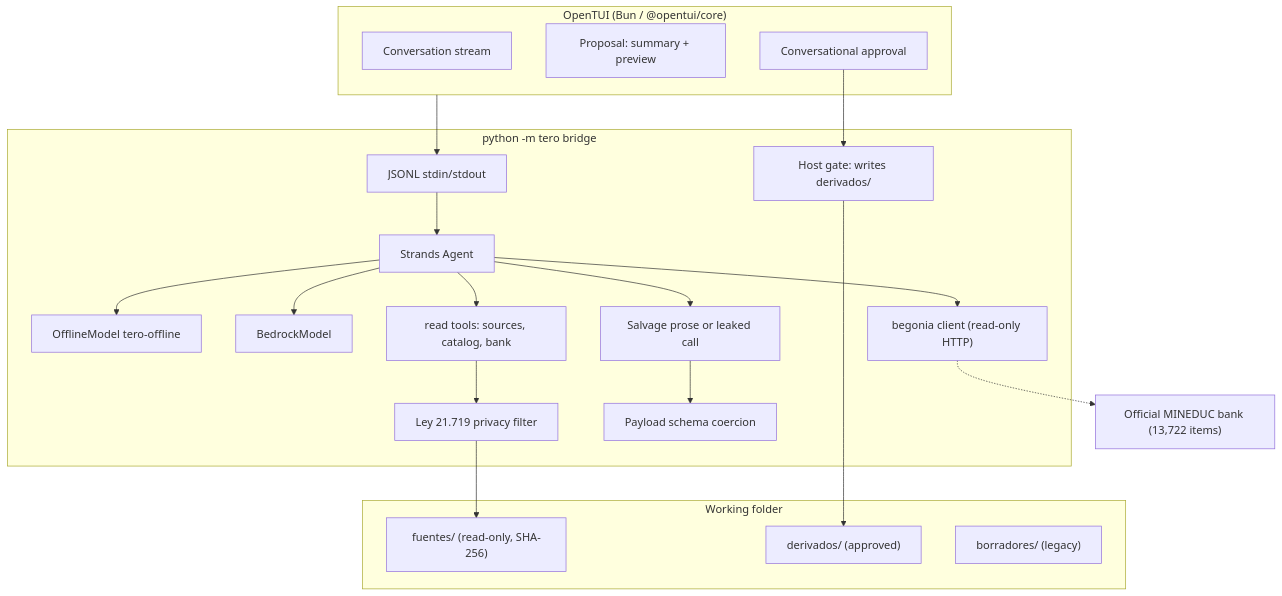
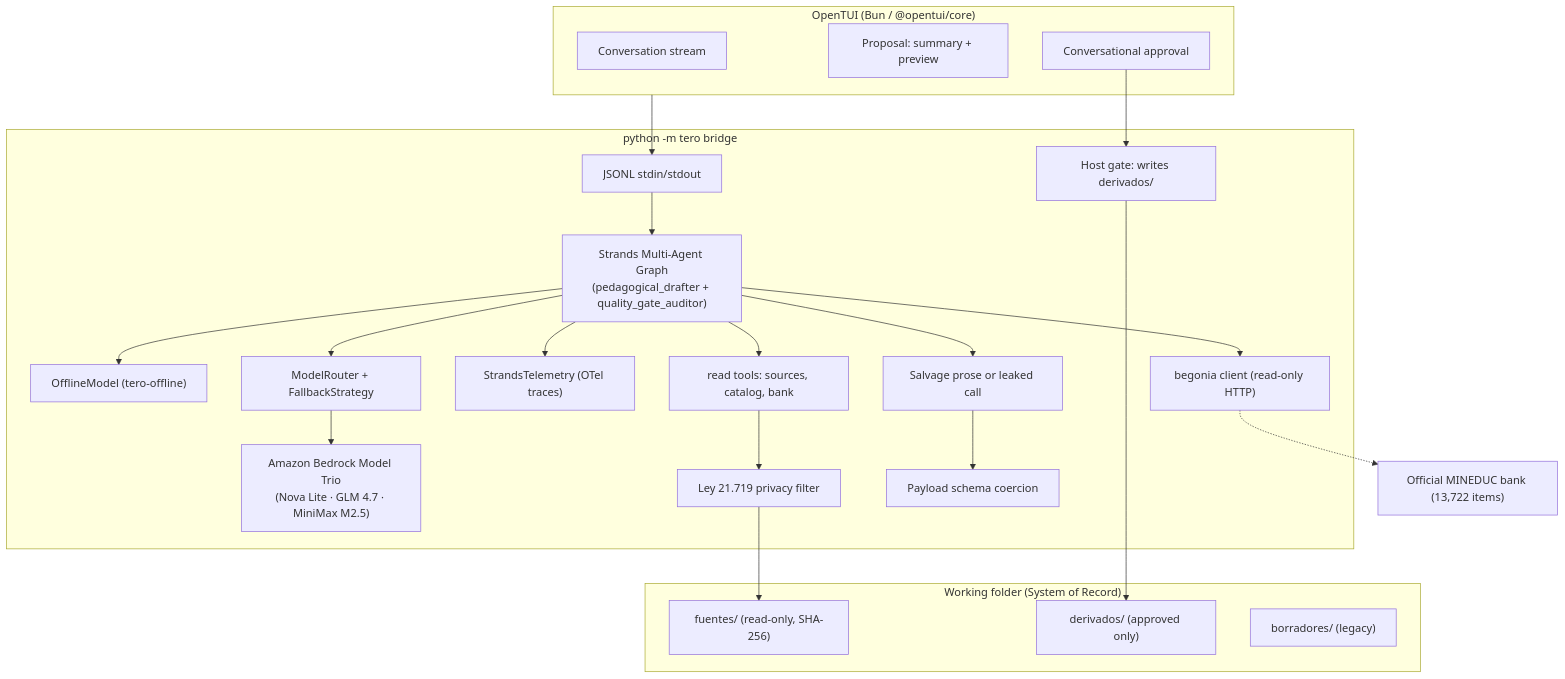
One commit to marcorojasb/tero changed the diagram in ARCHITECTURE.md. Above: the diagram before and after it, drawn with Mermaid. The commit also changed other lines of this file and 8 other files, not shown here.

Commit message:
docs: actualizar diagrama de arquitectura, guion de video y rubrica para jueces

````diff
--- a/ARCHITECTURE.md
+++ b/ARCHITECTURE.md
@@ -12,38 +12,41 @@
 ```mermaid
 flowchart TB
   subgraph TUI["OpenTUI (Bun / @opentui/core)"]
     Chat[Conversation stream]
     Proposal["Proposal: summary + preview"]
     Approval[Conversational approval]
   end
 
   subgraph Host["python -m tero bridge"]
     JSONL[JSONL stdin/stdout]
-    Agent[Strands Agent]
-    Offline[OfflineModel tero-offline]
-    Bedrock[BedrockModel]
+    Graph["Strands Multi-Agent Graph\n(pedagogical_drafter + quality_gate_auditor)"]
+    Offline["OfflineModel (tero-offline)"]
+    Router["ModelRouter + FallbackStrategy"]
+    Bedrock["Amazon Bedrock Model Trio\n(Nova Lite · GLM 4.7 · MiniMax M2.5)"]
+    Telemetry["StrandsTelemetry (OTel traces)"]
     Tools["read tools: sources, catalog, bank"]
     Begonia["begonia client (read-only HTTP)"]
     Privacy["Ley 21.719 privacy filter"]
     Salvage["Salvage prose or leaked call"]
-    Coerce[Payload schema coercion]
+    Coerce["Payload schema coercion"]
     Gate["Host gate: writes derivados/"]
   end
 
-  subgraph Disk["Working folder"]
+  subgraph Disk["Working folder (System of Record)"]
     Fuentes["fuentes/ (read-only, SHA-256)"]
-    Derivados["derivados/ (approved)"]
+    Derivados["derivados/ (approved only)"]
     Borradores["borradores/ (legacy)"]
   end
 
   Bank["Official MINEDUC bank (13,722 items)"]
 
-  TUI --> JSONL --> Agent
-  Agent --> Offline
-  Agent --> Bedrock
-  Agent --> Tools
-  Agent --> Begonia -.-> Bank
+  TUI --> JSONL --> Graph
+  Graph --> Offline
+  Graph --> Router --> Bedrock
+  Graph --> Telemetry
+  Graph --> Tools
+  Graph --> Begonia -.-> Bank
   Tools --> Privacy --> Fuentes
-  Agent --> Salvage --> Coerce
+  Graph --> Salvage --> Coerce
   Approval --> Gate --> Derivados
 ```
````
